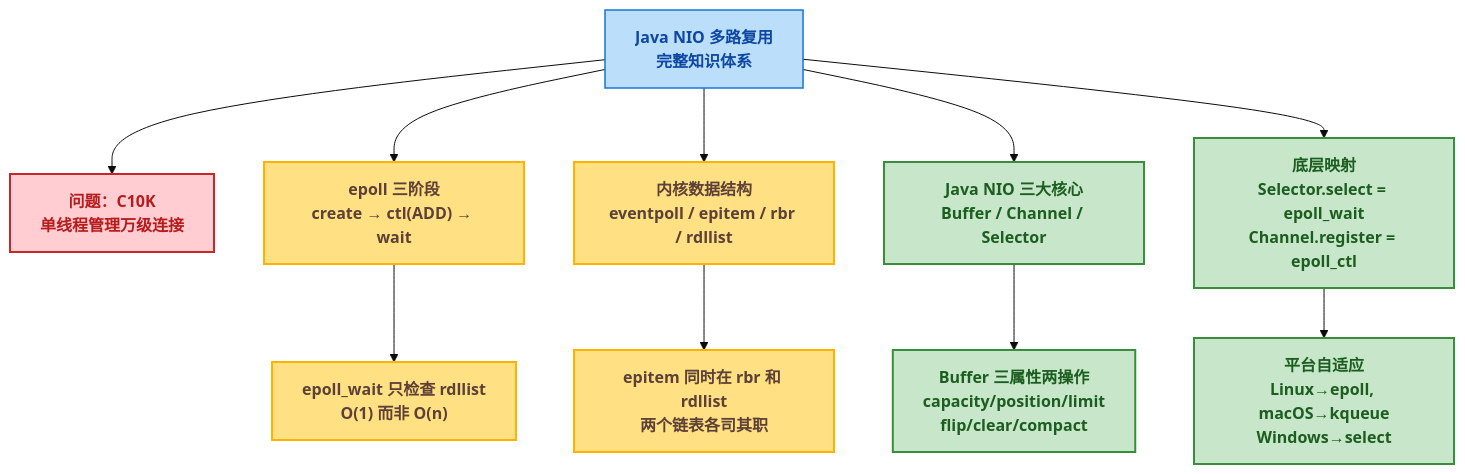
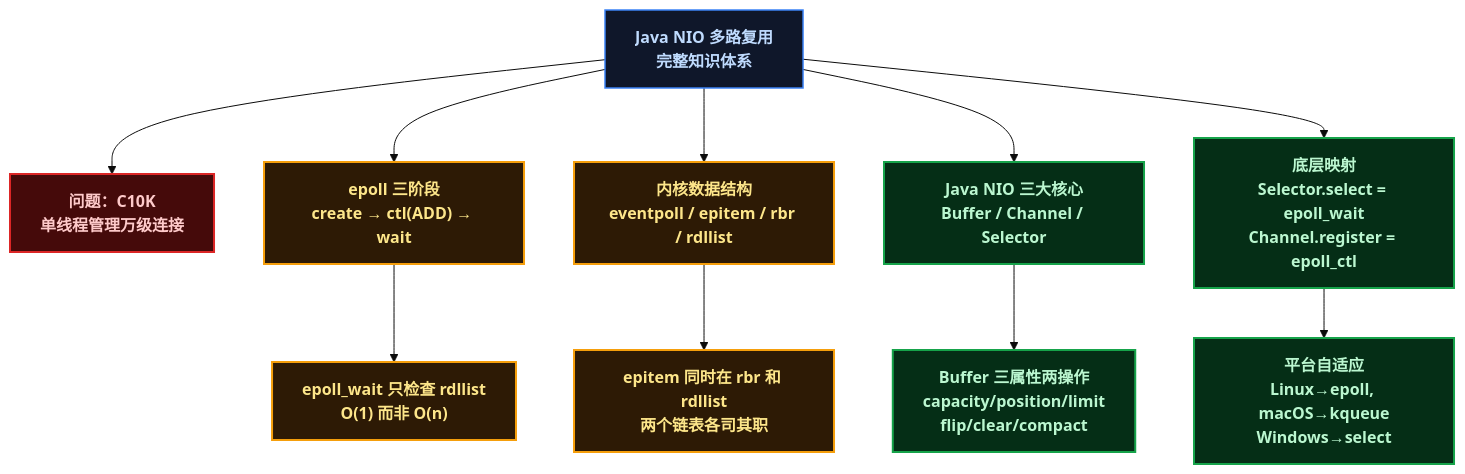
Before and after one commit to yaocat55/yaocat55.github.io: diagram 11 of 11 in content/posts/io/JavaNIO.md, drawn with Mermaid (base theme). The commit also changed other lines of this file and 155 other files, not shown here.

````diff
--- a/content/posts/io/JavaNIO.md
+++ b/content/posts/io/JavaNIO.md
@@ -1065,31 +1065,31 @@
 ```mermaid
 flowchart TD
     %% ==========================================
     %% 样式定义
     %% ==========================================
-    classDef problem fill:#FFCDD2,stroke:#C62828,stroke-width:2px,color:#B71C1C,font-weight:bold;
-    classDef kernel fill:#FFE082,stroke:#FFB300,stroke-width:2px,color:#5D4037,font-weight:bold;
-    classDef java fill:#C8E6C9,stroke:#388E3C,stroke-width:2px,color:#1B5E20,font-weight:bold;
-    classDef key fill:#BBDEFB,stroke:#1976D2,stroke-width:1.5px,color:#0D47A1,font-weight:bold;
+classDef problem fill:#450a0a,stroke:#dc2626,stroke-width:2px,color:#fecaca,font-weight:bold;
+classDef kernel fill:#2d1a05,stroke:#f59e0b,stroke-width:2px,color:#fde68a,font-weight:bold;
+classDef java fill:#052e16,stroke:#16a34a,stroke-width:2px,color:#bbf7d0,font-weight:bold;
+classDef key fill:#0f172a,stroke:#3b82f6,stroke-width:1.5px,color:#bfdbfe,font-weight:bold;
 
     %% ==========================================
     %% 总结知识图谱
     %% ==========================================
     ROOT["Java NIO 多路复用\n完整知识体系"]
 
     ROOT --> PROBLEM["问题：C10K\n单线程管理万级连接"]
     ROOT --> EP_MECH["epoll 三阶段\ncreate → ctl(ADD) → wait"]
     ROOT --> DATA_STRUCT["内核数据结构\neventpoll / epitem / rbr / rdllist"]
     ROOT --> JAVA_NIO["Java NIO 三大核心\nBuffer / Channel / Selector"]
     ROOT --> MAPPING["底层映射\nSelector.select = epoll_wait\nChannel.register = epoll_ctl"]
 
     EP_MECH --> EP_FLOW["epoll_wait 只检查 rdllist\nO(1) 而非 O(n)"]
     DATA_STRUCT --> WHY_FAST["epitem 同时在 rbr 和 rdllist\n两个链表各司其职"]
     JAVA_NIO --> BUF_DETAIL["Buffer 三属性两操作\ncapacity/position/limit\nflip/clear/compact"]
     MAPPING --> PLATFORM["平台自适应\nLinux→epoll, macOS→kqueue\nWindows→select"]
 
     class ROOT key;
     class PROBLEM problem;
     class EP_MECH,DATA_STRUCT,EP_FLOW,WHY_FAST kernel;
     class JAVA_NIO,BUF_DETAIL,MAPPING,PLATFORM java;
 ```
````
